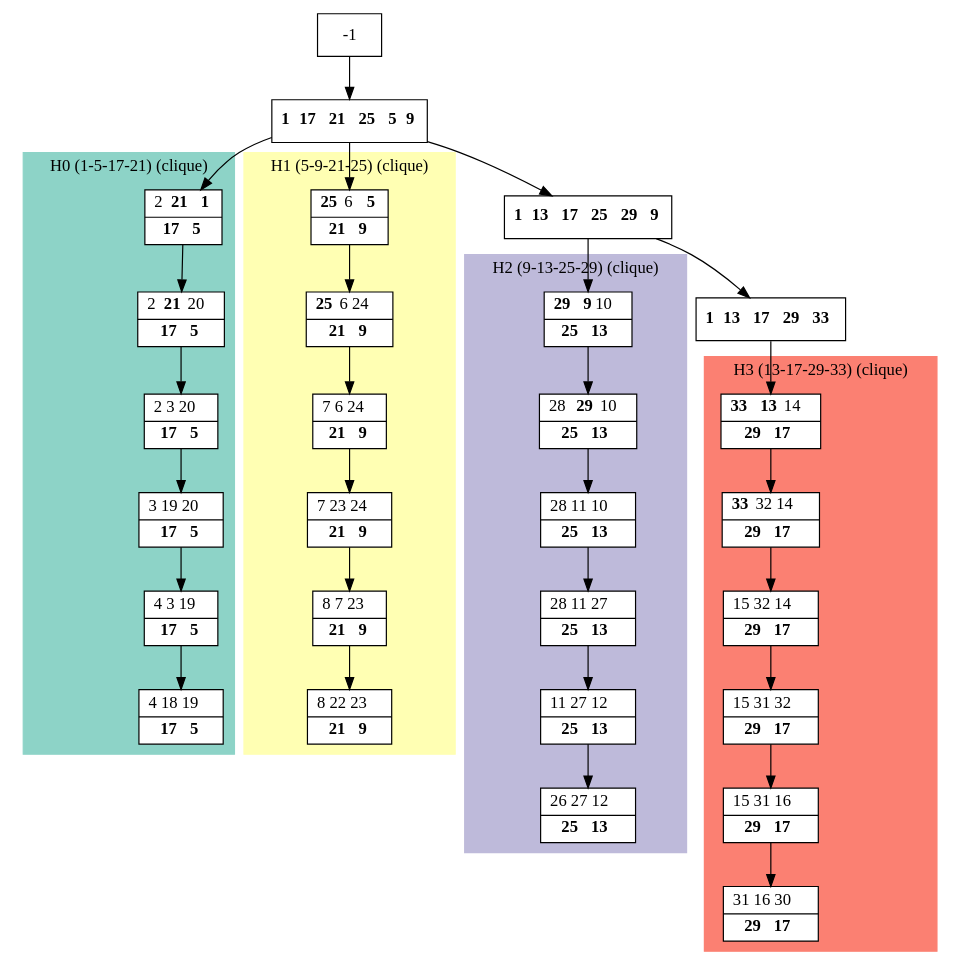
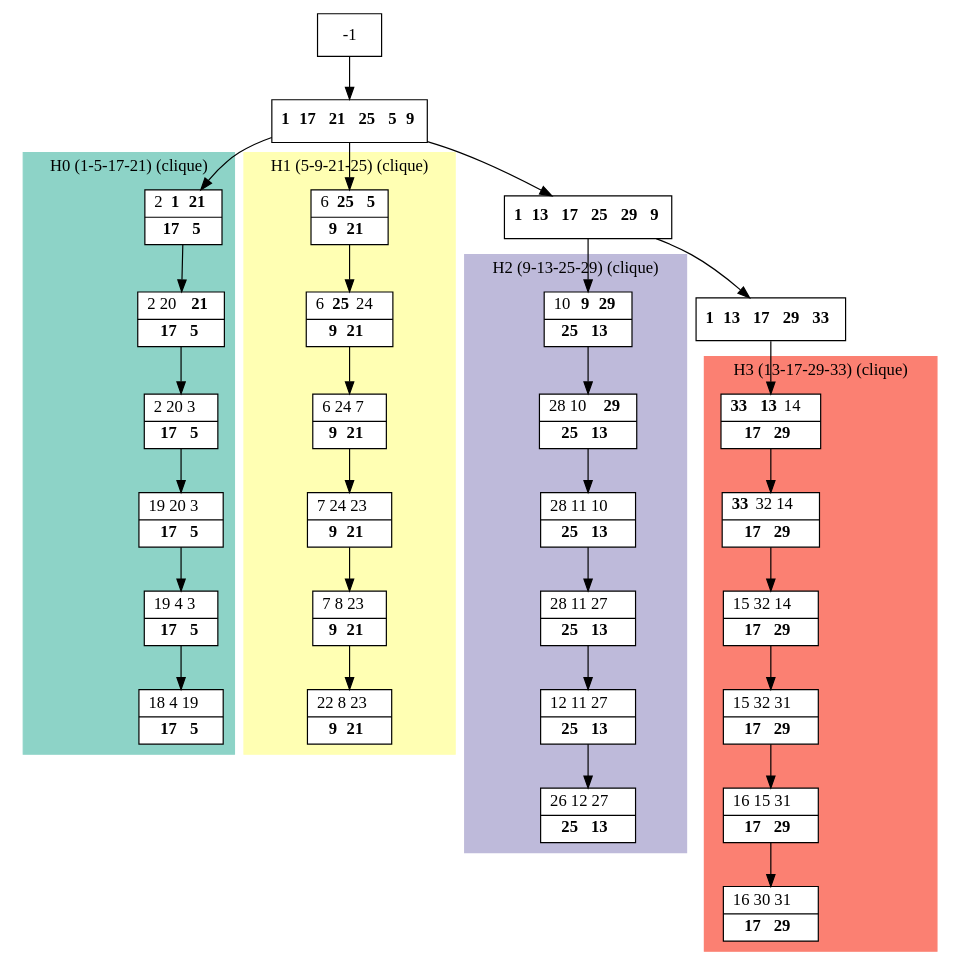
The diagram in results/dot_files/processed_K4.dot (bmarchand/auto-dp), drawn with Graphviz before and after one commit. The commit also changed 56 other files, not shown here.

```diff
--- a/results/dot_files/processed_K4.dot
+++ b/results/dot_files/processed_K4.dot
@@ -1,69 +1,69 @@
 digraph G {
     node [shape=box];
     subgraph cluster0 {
         node [style=filled,fillcolor=white];
         labeljust="l";
         style=filled;
         color="#8DD3C7";
         H0_0 -> H0_1 -> H0_2 -> H0_3 -> H0_4 -> H0_5;
         label="H0 (1-5-17-21) (clique)";
     }
     subgraph cluster1 {
         node [style=filled,fillcolor=white];
         labeljust="l";
         style=filled;
         color="#FFFFB3";
         H1_0 -> H1_1 -> H1_2 -> H1_3 -> H1_4 -> H1_5;
         label="H1 (5-9-21-25) (clique)";
     }
     subgraph cluster2 {
         node [style=filled,fillcolor=white];
         labeljust="l";
         style=filled;
         color="#BEBADA";
         H2_0 -> H2_1 -> H2_2 -> H2_3 -> H2_4 -> H2_5;
         label="H2 (9-13-25-29) (clique)";
     }
     subgraph cluster3 {
         node [style=filled,fillcolor=white];
         labeljust="l";
         style=filled;
         color="#FB8072";
         H3_0 -> H3_1 -> H3_2 -> H3_3 -> H3_4 -> H3_5;
         label="H3 (13-17-29-33) (clique)";
     }
      1 [shape=record,label= <{ <b>1</b> <b>17</b> <b>21</b> <b>25</b> <b>5</b> <b>9</b>}> ];
      -1  ->  1;
      14 [shape=record,label= <{ <b>1</b> <b>13</b> <b>17</b> <b>25</b> <b>29</b> <b>9</b>}> ];
      1  ->  14;
      21 [shape=record,label= <{ <b>1</b> <b>13</b> <b>17</b> <b>29</b> <b>33</b>}> ];
      14  ->  21;
-     H3_0 [shape=record,label= <{ <b>33</b> <b>13</b> 14|  <b>29</b> <b>17</b>}> ];
+     H3_0 [shape=record,label= <{ <b>33</b> <b>13</b> 14|  <b>17</b> <b>29</b>}> ];
      21  ->  H3_0;
-     H3_1 [shape=record,label= <{ <b>33</b> 32 14|  <b>29</b> <b>17</b>}> ];
-     H3_2 [shape=record,label= <{ 15 32 14|  <b>29</b> <b>17</b>}> ];
-     H3_3 [shape=record,label= <{ 15 31 32|  <b>29</b> <b>17</b>}> ];
-     H3_4 [shape=record,label= <{ 15 31 16|  <b>29</b> <b>17</b>}> ];
-     H3_5 [shape=record,label= <{ 31 16 30|  <b>29</b> <b>17</b>}> ];
-     H2_0 [shape=record,label= <{ <b>29</b> <b>9</b> 10|  <b>25</b> <b>13</b>}> ];
+     H3_1 [shape=record,label= <{ <b>33</b> 32 14|  <b>17</b> <b>29</b>}> ];
+     H3_2 [shape=record,label= <{ 15 32 14|  <b>17</b> <b>29</b>}> ];
+     H3_3 [shape=record,label= <{ 15 32 31|  <b>17</b> <b>29</b>}> ];
+     H3_4 [shape=record,label= <{ 16 15 31|  <b>17</b> <b>29</b>}> ];
+     H3_5 [shape=record,label= <{ 16 30 31|  <b>17</b> <b>29</b>}> ];
+     H2_0 [shape=record,label= <{ 10 <b>9</b> <b>29</b>|  <b>25</b> <b>13</b>}> ];
      14  ->  H2_0;
-     H2_1 [shape=record,label= <{ 28 <b>29</b> 10|  <b>25</b> <b>13</b>}> ];
+     H2_1 [shape=record,label= <{ 28 10 <b>29</b>|  <b>25</b> <b>13</b>}> ];
      H2_2 [shape=record,label= <{ 28 11 10|  <b>25</b> <b>13</b>}> ];
      H2_3 [shape=record,label= <{ 28 11 27|  <b>25</b> <b>13</b>}> ];
-     H2_4 [shape=record,label= <{ 11 27 12|  <b>25</b> <b>13</b>}> ];
-     H2_5 [shape=record,label= <{ 26 27 12|  <b>25</b> <b>13</b>}> ];
-     H0_0 [shape=record,label= <{ 2 <b>21</b> <b>1</b>|  <b>17</b> <b>5</b>}> ];
+     H2_4 [shape=record,label= <{ 12 11 27|  <b>25</b> <b>13</b>}> ];
+     H2_5 [shape=record,label= <{ 26 12 27|  <b>25</b> <b>13</b>}> ];
+     H0_0 [shape=record,label= <{ 2 <b>1</b> <b>21</b>|  <b>17</b> <b>5</b>}> ];
      1  ->  H0_0;
-     H0_1 [shape=record,label= <{ 2 <b>21</b> 20|  <b>17</b> <b>5</b>}> ];
-     H0_2 [shape=record,label= <{ 2 3 20|  <b>17</b> <b>5</b>}> ];
-     H0_3 [shape=record,label= <{ 3 19 20|  <b>17</b> <b>5</b>}> ];
-     H0_4 [shape=record,label= <{ 4 3 19|  <b>17</b> <b>5</b>}> ];
-     H0_5 [shape=record,label= <{ 4 18 19|  <b>17</b> <b>5</b>}> ];
-     H1_0 [shape=record,label= <{ <b>25</b> 6 <b>5</b>|  <b>21</b> <b>9</b>}> ];
+     H0_1 [shape=record,label= <{ 2 20 <b>21</b>|  <b>17</b> <b>5</b>}> ];
+     H0_2 [shape=record,label= <{ 2 20 3|  <b>17</b> <b>5</b>}> ];
+     H0_3 [shape=record,label= <{ 19 20 3|  <b>17</b> <b>5</b>}> ];
+     H0_4 [shape=record,label= <{ 19 4 3|  <b>17</b> <b>5</b>}> ];
+     H0_5 [shape=record,label= <{ 18 4 19|  <b>17</b> <b>5</b>}> ];
+     H1_0 [shape=record,label= <{ 6 <b>25</b> <b>5</b>|  <b>9</b> <b>21</b>}> ];
      1  ->  H1_0;
-     H1_1 [shape=record,label= <{ <b>25</b> 6 24|  <b>21</b> <b>9</b>}> ];
-     H1_2 [shape=record,label= <{ 7 6 24|  <b>21</b> <b>9</b>}> ];
-     H1_3 [shape=record,label= <{ 7 23 24|  <b>21</b> <b>9</b>}> ];
-     H1_4 [shape=record,label= <{ 8 7 23|  <b>21</b> <b>9</b>}> ];
-     H1_5 [shape=record,label= <{ 8 22 23|  <b>21</b> <b>9</b>}> ];
+     H1_1 [shape=record,label= <{ 6 <b>25</b> 24|  <b>9</b> <b>21</b>}> ];
+     H1_2 [shape=record,label= <{ 6 24 7|  <b>9</b> <b>21</b>}> ];
+     H1_3 [shape=record,label= <{ 7 24 23|  <b>9</b> <b>21</b>}> ];
+     H1_4 [shape=record,label= <{ 7 8 23|  <b>9</b> <b>21</b>}> ];
+     H1_5 [shape=record,label= <{ 22 8 23|  <b>9</b> <b>21</b>}> ];
 }
```
